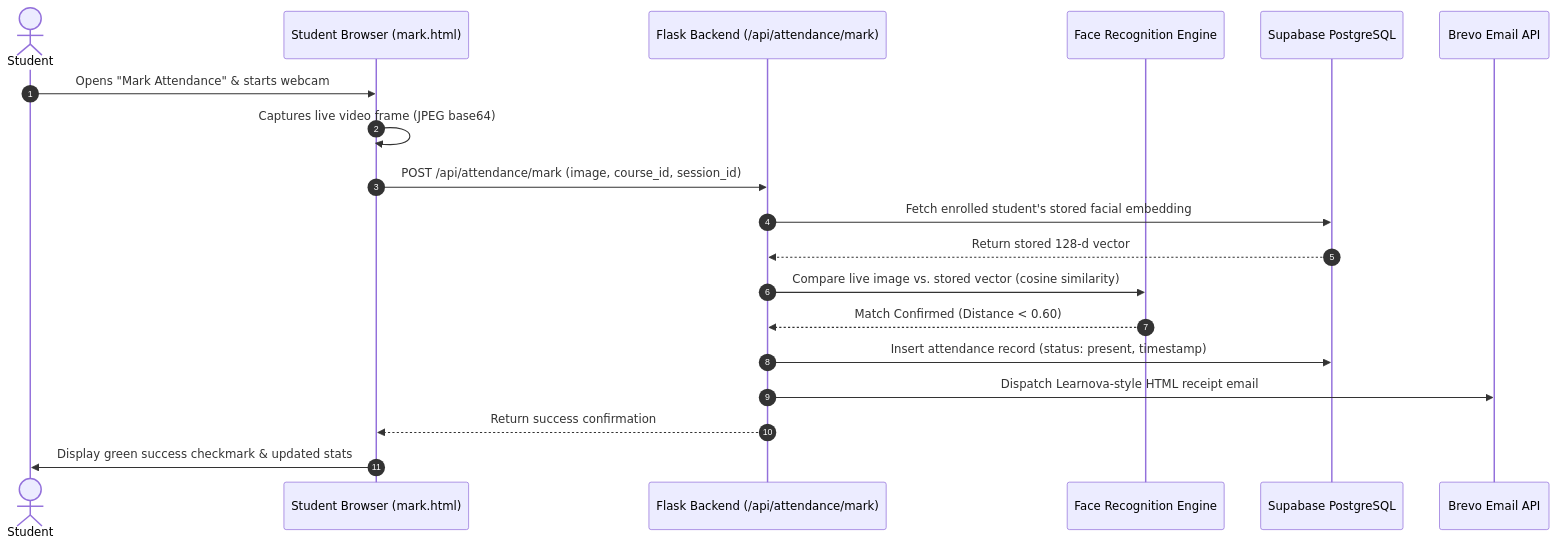
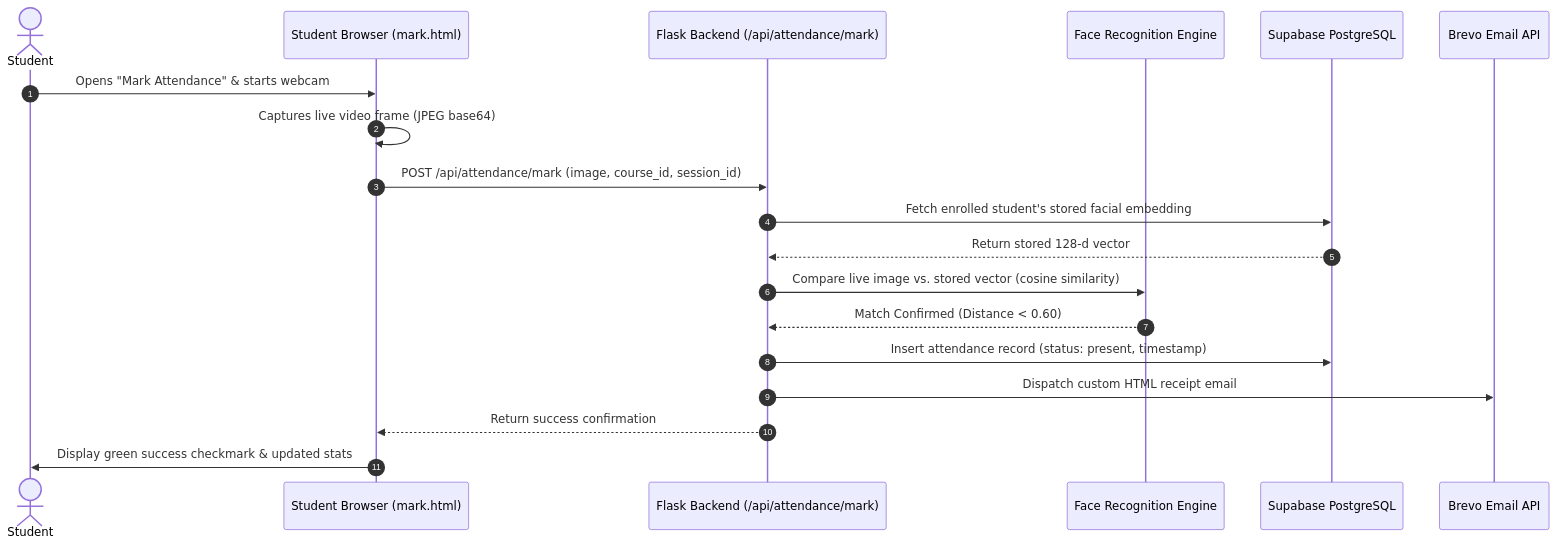
One commit to Cherryberry112/AttendX changed the second of 2 diagrams in README.md. Above: the diagram before and after it, drawn with Mermaid. The commit also changed other lines of this file, not shown here.

````diff
--- a/README.md
+++ b/README.md
@@ -92,22 +92,22 @@
 ```mermaid
 sequenceDiagram
     autonumber
     actor Student
     participant UI as Student Browser (mark.html)
     participant API as Flask Backend (/api/attendance/mark)
     participant AI as Face Recognition Engine
     participant DB as Supabase PostgreSQL
     participant Email as Brevo Email API
 
     Student->>UI: Opens "Mark Attendance" & starts webcam
     UI->>UI: Captures live video frame (JPEG base64)
     UI->>API: POST /api/attendance/mark (image, course_id, session_id)
     API->>DB: Fetch enrolled student's stored facial embedding
     DB-->>API: Return stored 128-d vector
     API->>AI: Compare live image vs. stored vector (cosine similarity)
     AI-->>API: Match Confirmed (Distance < 0.60)
     API->>DB: Insert attendance record (status: present, timestamp)
-    API->>Email: Dispatch Learnova-style HTML receipt email
+    API->>Email: Dispatch custom HTML receipt email
     API-->>UI: Return success confirmation
     UI->>Student: Display green success checkmark & updated stats
 ```
````
